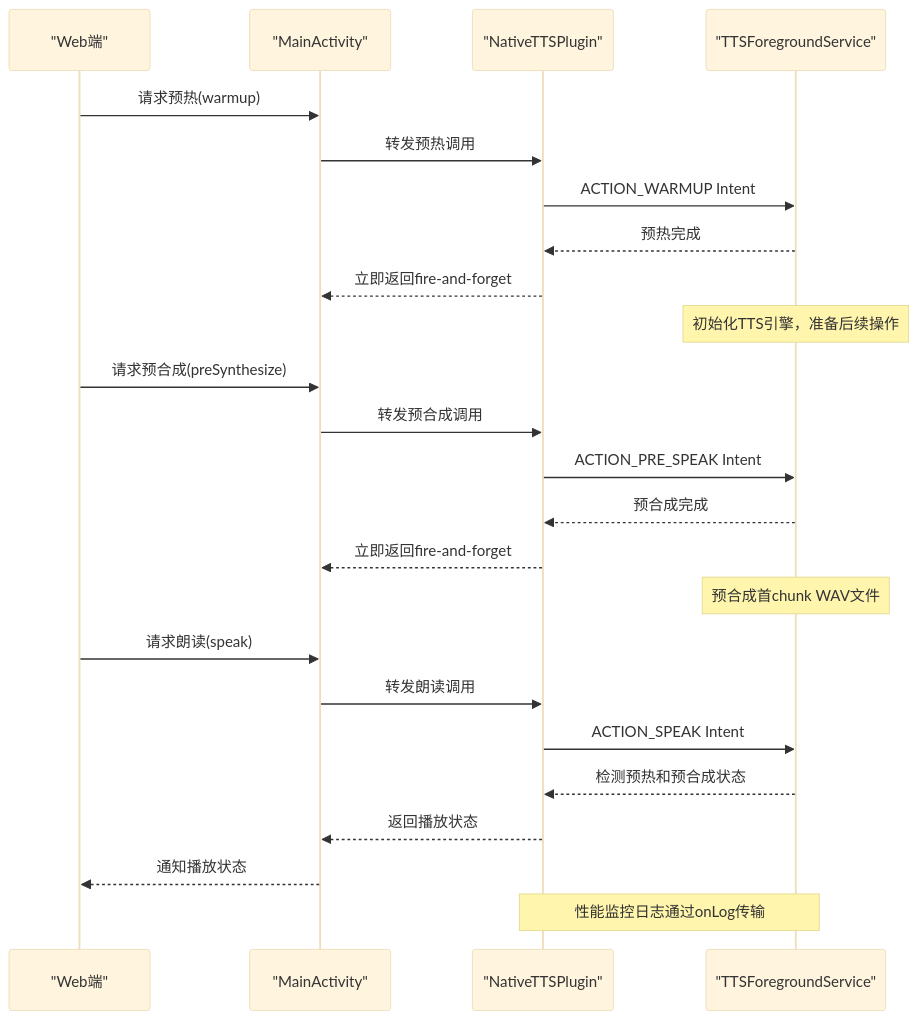
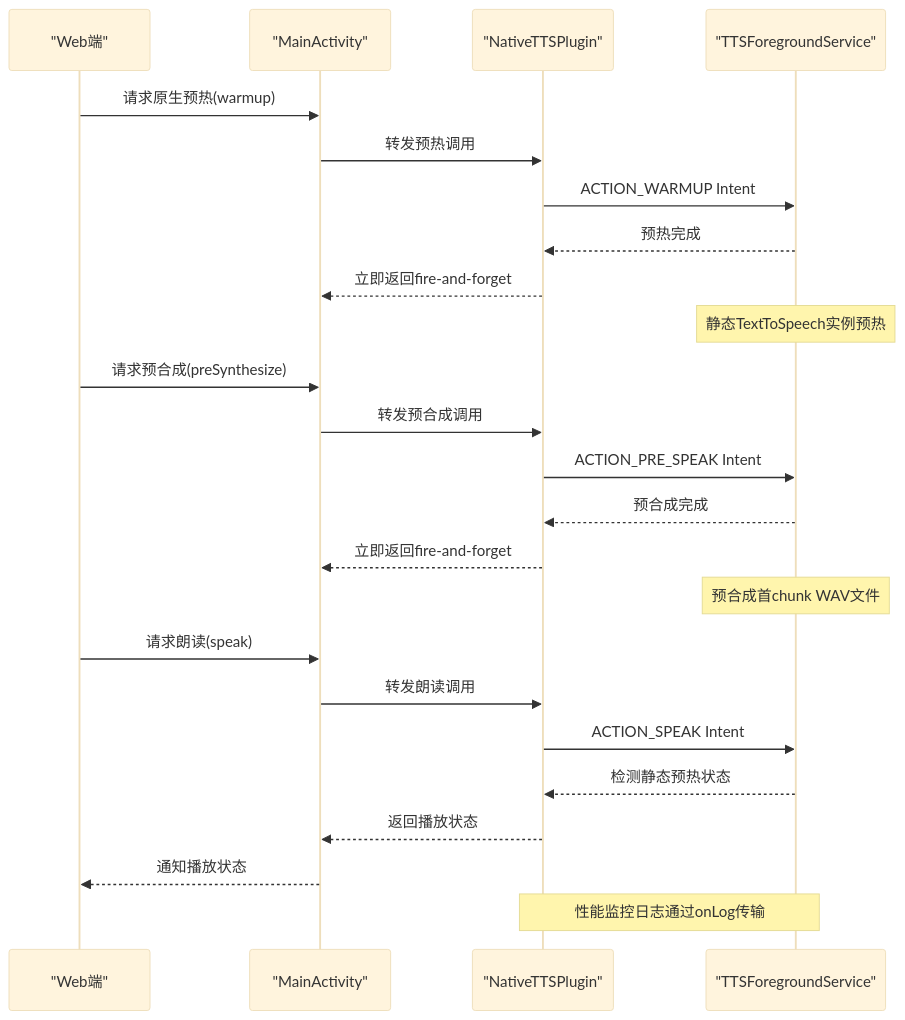
The seventh of 11 diagrams in .qoder/repowiki/zh/content/移动应用开发/移动应用开发.md (zhao-zg/cx), drawn with Mermaid (base theme) before and after one commit. The commit also changed other lines of this file and 30 other files, not shown here.

````diff
--- a/.qoder/repowiki/zh/content/移动应用开发/移动应用开发.md
+++ b/.qoder/repowiki/zh/content/移动应用开发/移动应用开发.md
@@ -372,26 +377,26 @@
 ```mermaid
 sequenceDiagram
 participant W as "Web端"
 participant M as "MainActivity"
 participant T as "NativeTTSPlugin"
 participant S as "TTSForegroundService"
-W->>M : 请求预热(warmup)
+W->>M : 请求原生预热(warmup)
 M->>T : 转发预热调用
 T->>S : ACTION_WARMUP Intent
 S-->>T : 预热完成
 T-->>M : 立即返回fire-and-forget
-Note over S : 初始化TTS引擎，准备后续操作
+Note over S : 静态TextToSpeech实例预热
 W->>M : 请求预合成(preSynthesize)
 M->>T : 转发预合成调用
 T->>S : ACTION_PRE_SPEAK Intent
 S-->>T : 预合成完成
 T-->>M : 立即返回fire-and-forget
 Note over S : 预合成首chunk WAV文件
 W->>M : 请求朗读(speak)
 M->>T : 转发朗读调用
 T->>S : ACTION_SPEAK Intent
-S-->>T : 检测预热和预合成状态
+S-->>T : 检测静态预热状态
 T-->>M : 返回播放状态
 M-->>W : 通知播放状态
 Note over T,S : 性能监控日志通过onLog传输
 ```
````
